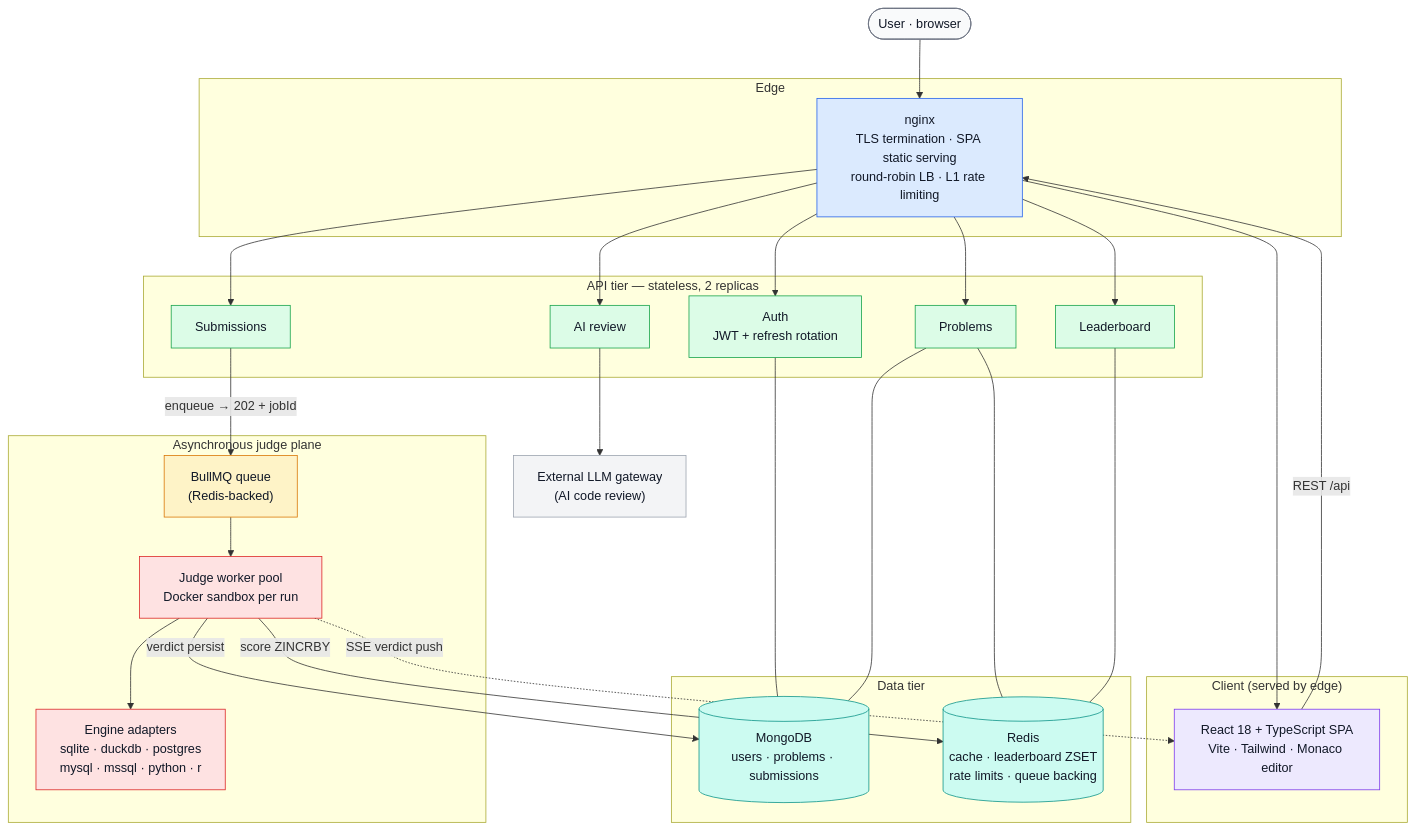
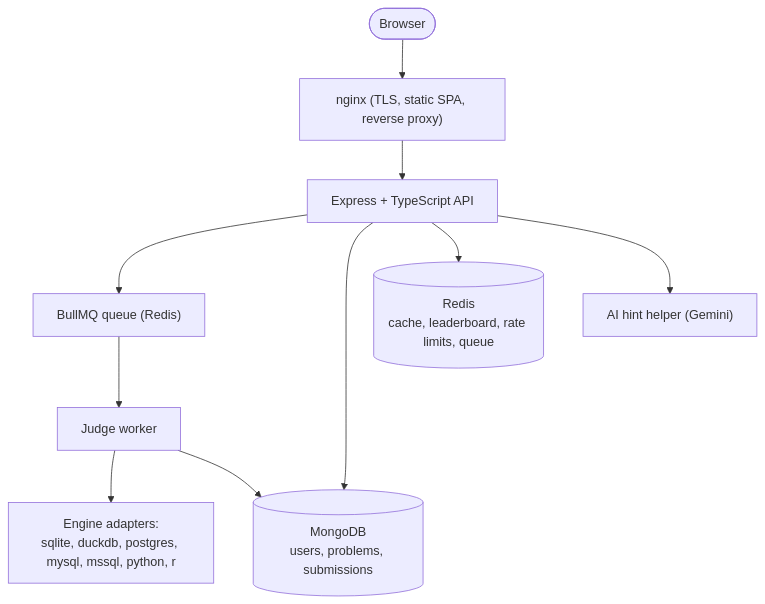
The first of 2 diagrams in docs/HLD.md (ps-research/DataDojo), drawn with Mermaid before and after one commit. The commit also changed other lines of this file and 7 other files, not shown here.

````diff
--- a/docs/HLD.md
+++ b/docs/HLD.md
@@ -118,62 +18,12 @@
 ```mermaid
 flowchart TB
-    U(["User · browser"]):::user
-
-    subgraph EDGE["Edge"]
-        NG["nginx<br/>TLS termination · SPA static serving<br/>round-robin LB · L1 rate limiting"]:::edge
-    end
-
-    subgraph CLIENT["Client (served by edge)"]
-        SPA["React 18 + TypeScript SPA<br/>Vite · Tailwind · Monaco editor"]:::client
-    end
-
-    subgraph APITIER["API tier — stateless, 2 replicas"]
-        AUTH["Auth<br/>JWT + refresh rotation"]:::api
-        PROB["Problems"]:::api
-        SUB["Submissions"]:::api
-        LDB["Leaderboard"]:::api
-        AIR["AI review"]:::api
-    end
-
-    subgraph JUDGE["Asynchronous judge plane"]
-        Q["BullMQ queue<br/>(Redis-backed)"]:::queue
-        W["Judge worker pool<br/>Docker sandbox per run"]:::worker
-        ENG["Engine adapters<br/>sqlite · duckdb · postgres<br/>mysql · mssql · python · r"]:::worker
-    end
-
-    subgraph DATA["Data tier"]
-        MDB[("MongoDB<br/>users · problems · submissions")]:::db
-        RDS[("Redis<br/>cache · leaderboard ZSET<br/>rate limits · queue backing")]:::db
-    end
-
-    LLM["External LLM gateway<br/>(AI code review)"]:::ext
-
-    U --> NG
-    NG --> SPA
-    SPA -- "REST /api" --> NG
-    NG --> AUTH
-    NG --> PROB
-    NG --> SUB
-    NG --> LDB
-    NG --> AIR
-    SUB -- "enqueue → 202 + jobId" --> Q
-    Q --> W
-    W --> ENG
-    W -- "verdict persist" --> MDB
-    W -- "score ZINCRBY" --> RDS
-    W -. "SSE verdict push" .-> SPA
-    AUTH --- MDB
-    PROB --- MDB
-    PROB --- RDS
-    LDB --- RDS
-    AIR --> LLM
-
-    classDef user fill:#f9fafb,stroke:#6b7280,color:#111827
-    classDef edge fill:#dbeafe,stroke:#2563eb,color:#111827
-    classDef client fill:#ede9fe,stroke:#7c3aed,color:#111827
-    classDef api fill:#dcfce7,stroke:#16a34a,color:#111827
-    classDef queue fill:#fef3c7,stroke:#d97706,color:#111827
-    classDef worker fill:#fee2e2,stroke:#dc2626,color:#111827
-    classDef db fill:#ccfbf1,stroke:#0d9488,color:#111827
-    classDef ext fill:#f3f4f6,stroke:#9ca3af,color:#111827
+    U(["Browser"]) --> NG["nginx (TLS, static SPA, reverse proxy)"]
+    NG --> API["Express + TypeScript API"]
+    API --> Q["BullMQ queue (Redis)"]
+    Q --> W["Judge worker"]
+    W --> ENG["Engine adapters:<br/>sqlite, duckdb, postgres, mysql, mssql, python, r"]
+    API --> MDB[("MongoDB<br/>users, problems, submissions")]
+    API --> RDS[("Redis<br/>cache, leaderboard, rate limits, queue")]
+    W --> MDB
+    API --> AI["AI hint helper (Gemini)"]
 ```
````
